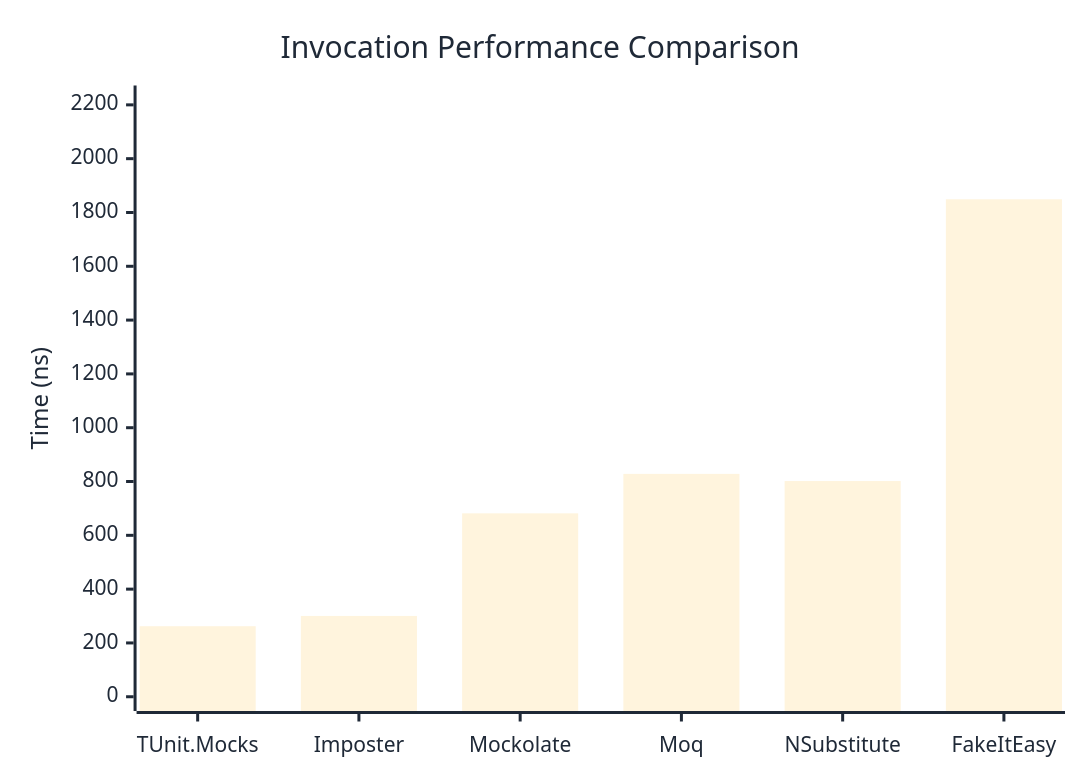
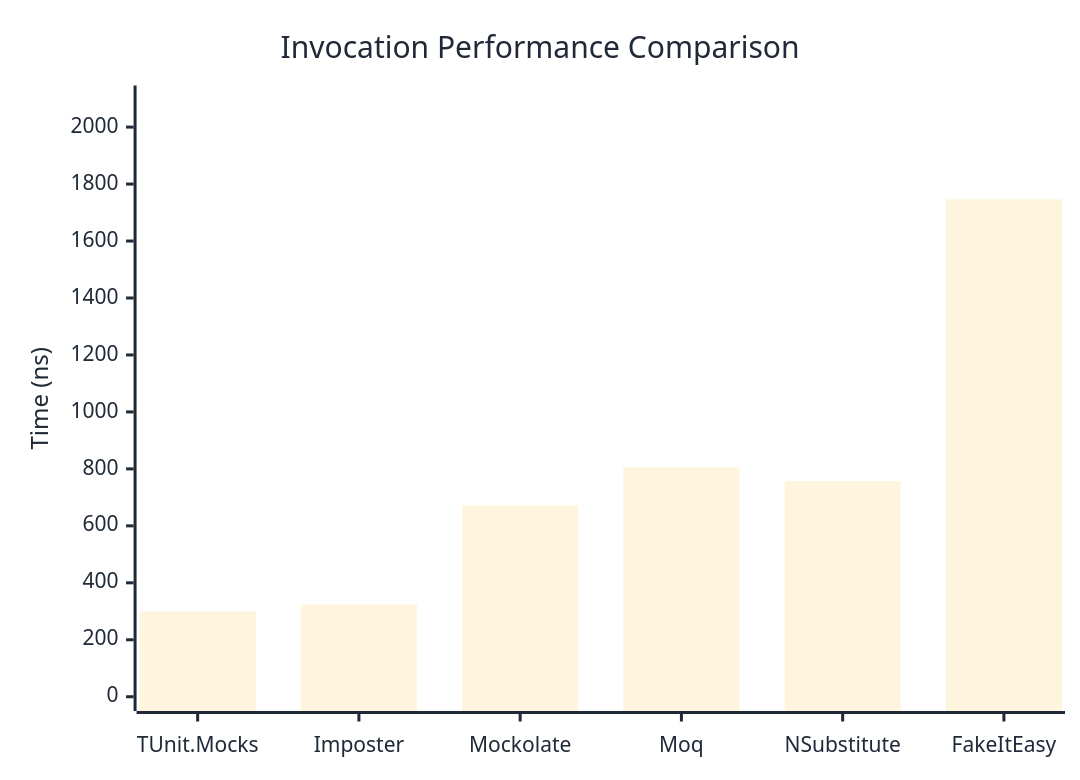
The first of 3 diagrams in docs/docs/benchmarks/mocks/Invocation.md (thomhurst/TUnit), drawn with Mermaid before and after one commit. The commit also changed other lines of this file and 14 other files, not shown here.

````diff
--- a/docs/docs/benchmarks/mocks/Invocation.md
+++ b/docs/docs/benchmarks/mocks/Invocation.md
@@ -28,27 +28,27 @@
 ```mermaid
 %%{init: {
   'theme':'base',
   'themeVariables': {
     'primaryColor': '#2563eb',
     'primaryTextColor': '#1f2937',
     'primaryBorderColor': '#1e40af',
     'lineColor': '#6b7280',
     'secondaryColor': '#7c3aed',
     'tertiaryColor': '#dc2626',
     'background': '#ffffff',
     'pie1': '#2563eb',
     'pie2': '#7c3aed',
     'pie3': '#dc2626',
     'pie4': '#f59e0b',
     'pie5': '#10b981',
     'pie6': '#06b6d4',
     'pie7': '#ec4899',
     'pie8': '#6366f1'
   }
 }}%%
 xychart-beta
   title "Invocation Performance Comparison"
   x-axis ["TUnit.Mocks", "Imposter", "Mockolate", "Moq", "NSubstitute", "FakeItEasy"]
-  y-axis "Time (ns)" 0 --> 2219
-  bar [262.2, 300.4, 681.7, 828.4, 801.8, 1849.1]
+  y-axis "Time (ns)" 0 --> 2096
+  bar [299.7, 323.5, 671.7, 805.6, 756.5, 1746.5]
 ```
````
